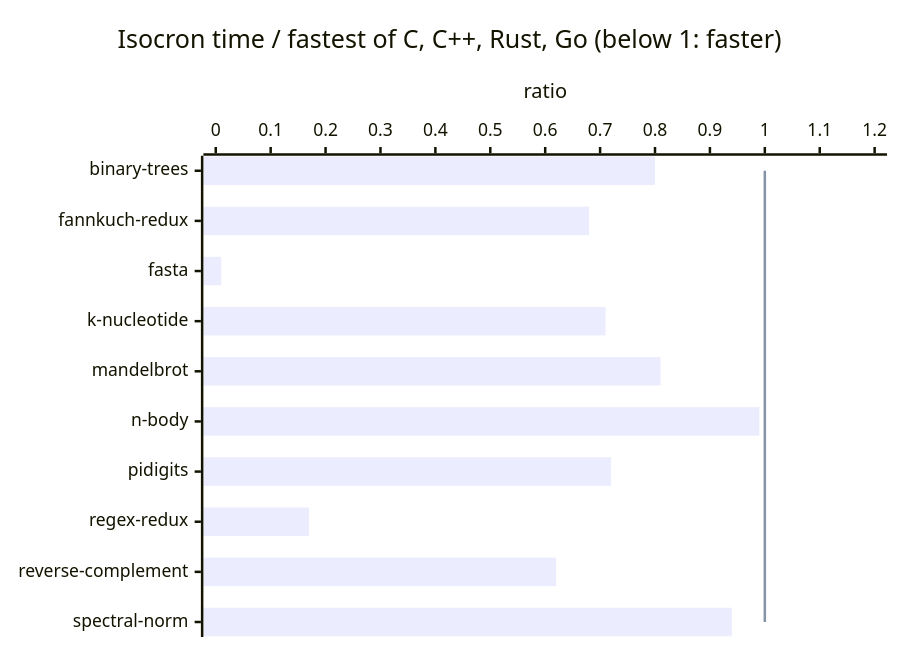
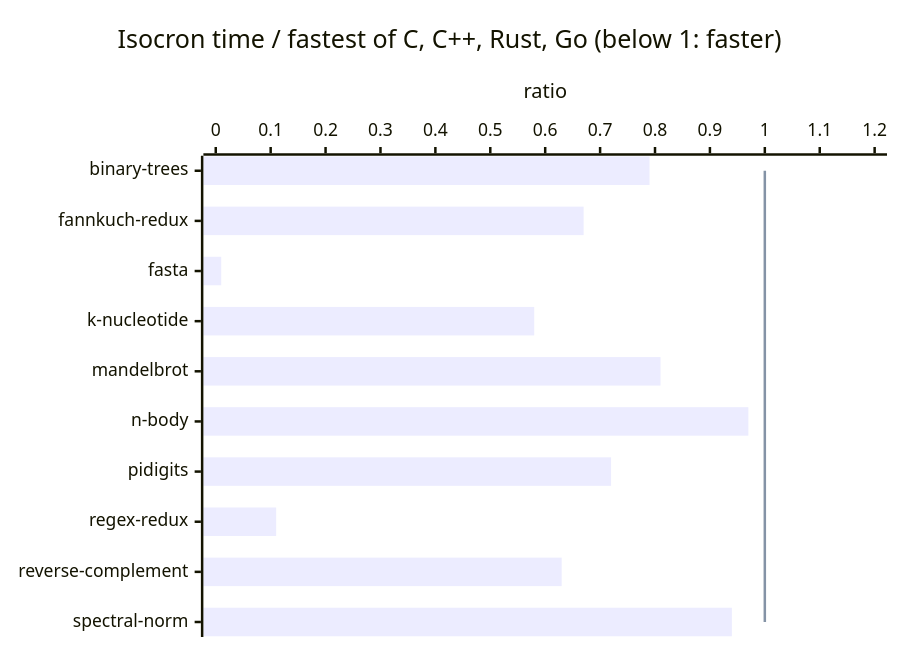
One commit to jbillard/isocron changed the diagram in results/benchmarks_game.md. Above: the diagram before and after it, drawn with Mermaid. The commit also changed other lines of this file and 12 other files, not shown here.

````diff
--- a/results/benchmarks_game.md
+++ b/results/benchmarks_game.md
@@ -23,8 +23,8 @@
 ```mermaid
 xychart-beta horizontal
     title "Isocron time / fastest of C, C++, Rust, Go (below 1: faster)"
     x-axis ["binary-trees", "fannkuch-redux", "fasta", "k-nucleotide", "mandelbrot", "n-body", "pidigits", "regex-redux", "reverse-complement", "spectral-norm"]
     y-axis "ratio" 0 --> 1.2
-    bar [0.80, 0.68, 0.01, 0.71, 0.81, 0.99, 0.72, 0.17, 0.62, 0.94]
+    bar [0.79, 0.67, 0.01, 0.58, 0.81, 0.97, 0.72, 0.11, 0.63, 0.94]
     line [1.00, 1.00, 1.00, 1.00, 1.00, 1.00, 1.00, 1.00, 1.00, 1.00]
 ```
````
